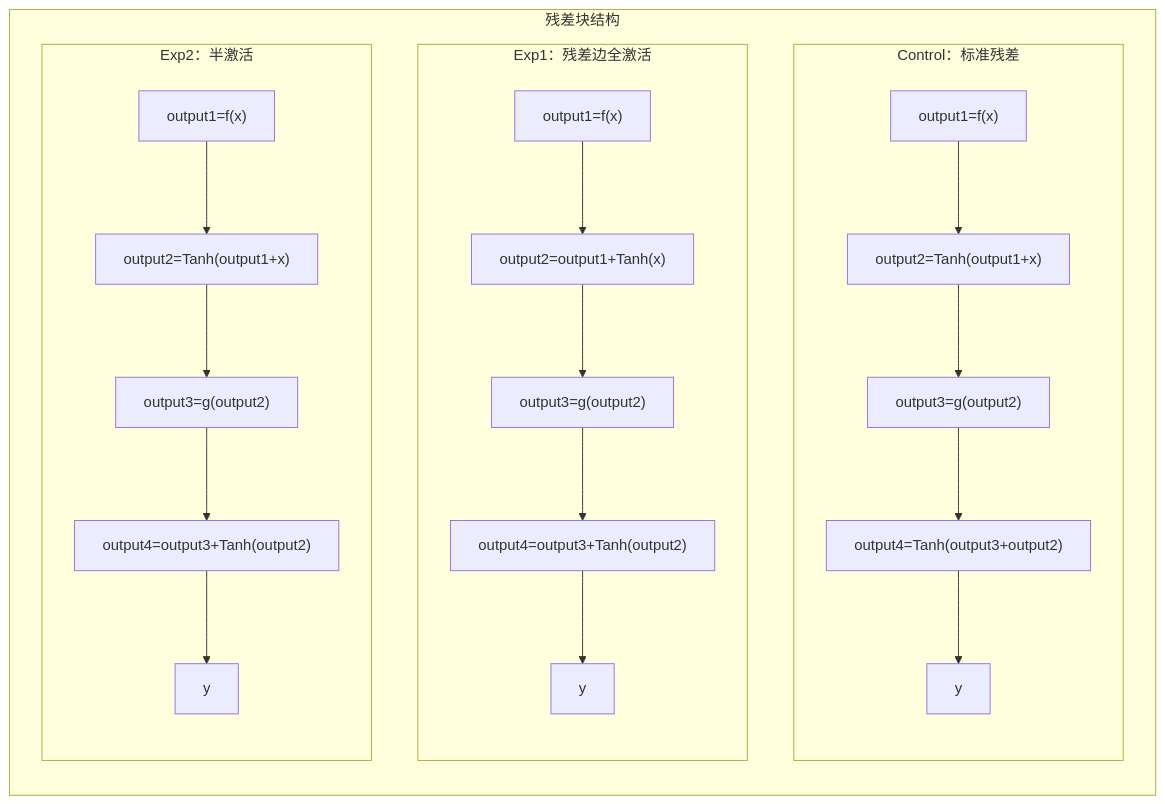
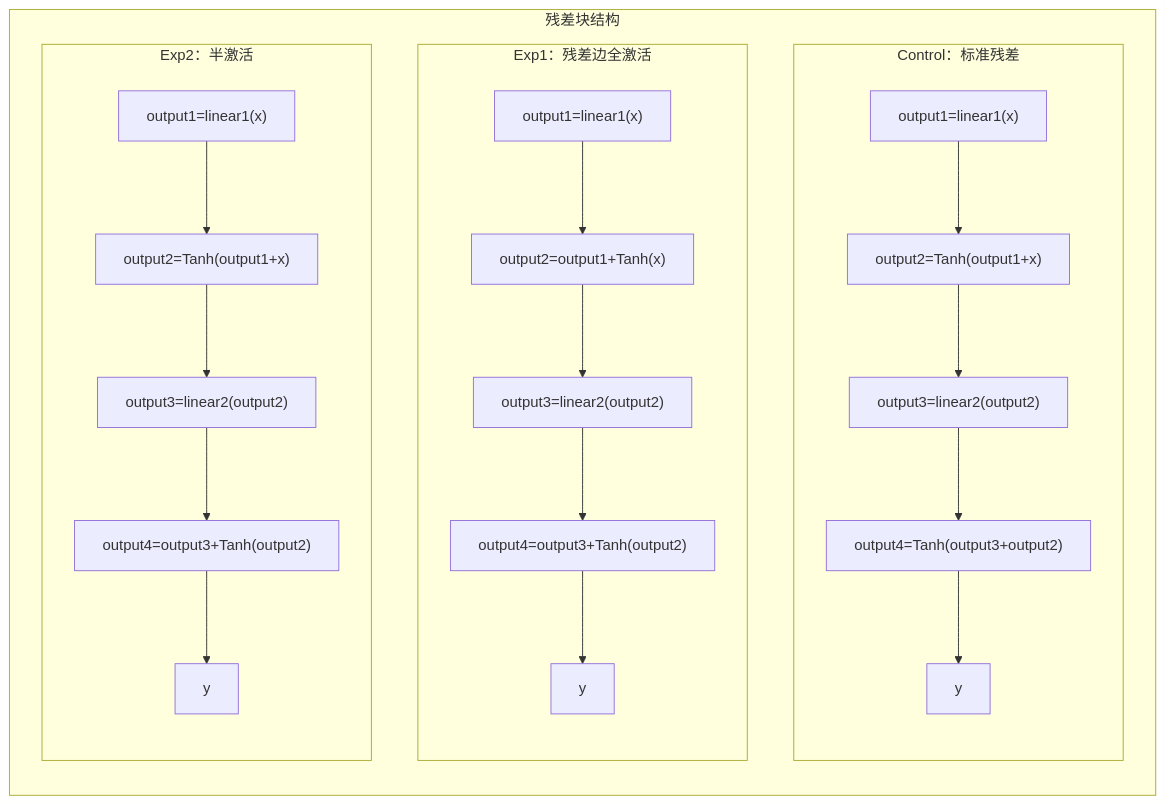
Before and after one commit to 57ws/Graph-Theory-Representation-of-Residual-Connection: the fifth of 6 diagrams in README.md, drawn with Mermaid.

````diff
--- a/README.md
+++ b/README.md
@@ -132,21 +132,21 @@
 ```mermaid
 graph LR
     subgraph 残差块结构
         direction TB
         
         subgraph 对照组[Control：标准残差]
             direction TB
-            C1["output1=f(x)"] --> C2["output2=Tanh(output1+x)"] --> C3["output3=g(output2)"] --> C4["output4=Tanh(output3+output2)"] --> C5["y"]
+            C1["output1=linear1(x)"] --> C2["output2=Tanh(output1+x)"] --> C3["output3=linear2(output2)"] --> C4["output4=Tanh(output3+output2)"] --> C5["y"]
         end
         
         subgraph 实验组1[Exp1：残差边全激活]
             direction TB
-            E1a["output1=f(x)"] --> E2a["output2=output1+Tanh(x)"] --> E3a["output3=g(output2)"] --> E4a["output4=output3+Tanh(output2)"] --> E5a["y"]
+            E1a["output1=linear1(x)"] --> E2a["output2=output1+Tanh(x)"] --> E3a["output3=linear2(output2)"] --> E4a["output4=output3+Tanh(output2)"] --> E5a["y"]
         end
         
         subgraph 实验组2[Exp2：半激活]
             direction TB
-            E1b["output1=f(x)"] --> E2b["output2=Tanh(output1+x)"] --> E3b["output3=g(output2)"] --> E4b["output4=output3+Tanh(output2)"] --> E5b["y"]
+            E1b["output1=linear1(x)"] --> E2b["output2=Tanh(output1+x)"] --> E3b["output3=linear2(output2)"] --> E4b["output4=output3+Tanh(output2)"] --> E5b["y"]
         end
     end
 ```
````
